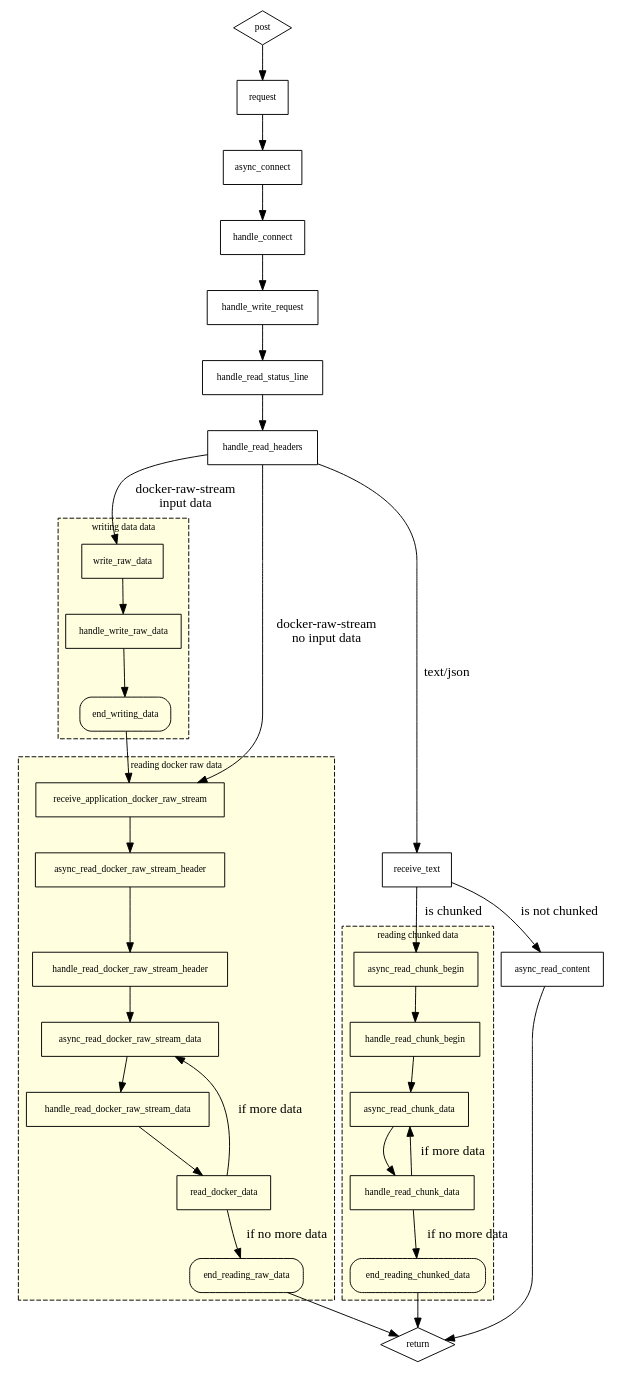
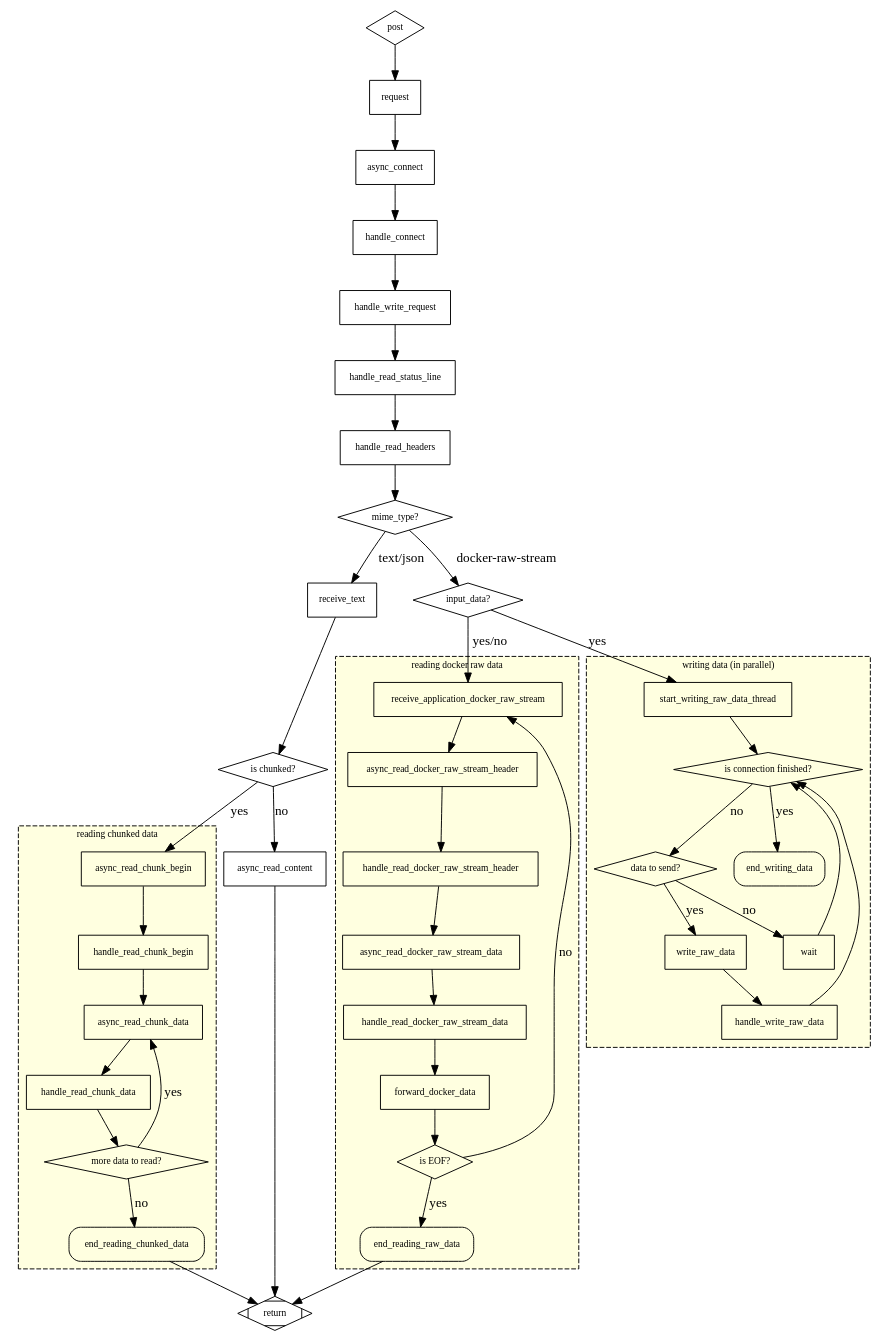
Before and after one commit to przemkovv/sphinx-cpp: the diagram in docs/httpclient_flowchart.dot, drawn with Graphviz. The commit also changed 2 other files, not shown here.

Commit message:
updated http client flow chart

```diff
--- a/docs/httpclient_flowchart.dot
+++ b/docs/httpclient_flowchart.dot
@@ -1,77 +1,99 @@
 
 digraph G {
 
     graph [fontsize=10 fontname="Verdana" compound=true];
     node [shape=record fontsize=10 fontname="Verdana"];
 
 
     subgraph cluster_read_chunked_data {
         label = "reading chunked data";
         style = "filled,dashed";
         color = black;
         fillcolor = lightyellow;
         async_read_chunk_begin -> handle_read_chunk_begin;
         handle_read_chunk_begin -> async_read_chunk_data;
         async_read_chunk_data -> handle_read_chunk_data;
-        handle_read_chunk_data -> async_read_chunk_data [label = "if more data"];
-        handle_read_chunk_data -> end_reading_chunked_data [label = "if no more data"];
+        handle_read_chunk_data -> "more data to read?";
+        "more data to read?" -> async_read_chunk_data [label = "yes"];
+        "more data to read?" -> end_reading_chunked_data [label = "no"];
         end_reading_chunked_data [shape=rectangle,style=rounded];
+
+        "more data to read?" [shape=diamond];
     };
 
 
     subgraph cluster_writing_data {
-        label = "writing data data";
+        label = "writing data (in parallel)";
         style = "filled,dashed";
         color = black;
         fillcolor = lightyellow;
 
+        start_writing_raw_data_thread -> "is connection finished?";
+        "is connection finished?" -> "data to send?" [label ="no"];
+        "is connection finished?" -> end_writing_data [label ="yes"];
+
+        "data to send?" -> write_raw_data [label ="yes"];
+        "data to send?" -> wait [label ="no"];
+
         write_raw_data -> handle_write_raw_data;
-        handle_write_raw_data -> end_writing_data;
+        handle_write_raw_data -> "is connection finished?";
+        wait -> "is connection finished?";
         end_writing_data [shape=rectangle,style=rounded];
+
+        "is connection finished?" [shape=diamond];
+        "data to send?" [shape=diamond];
     }
 
     subgraph cluster_read_docker_raw_data {
         label = "reading docker raw data";
         style = "filled,dashed";
         color = black;
         fillcolor = lightyellow;
-        end_writing_data -> receive_application_docker_raw_stream;
         receive_application_docker_raw_stream -> async_read_docker_raw_stream_header;
         async_read_docker_raw_stream_header ->handle_read_docker_raw_stream_header;
         handle_read_docker_raw_stream_header -> async_read_docker_raw_stream_data;
         async_read_docker_raw_stream_data -> handle_read_docker_raw_stream_data;
 
-        handle_read_docker_raw_stream_data -> read_docker_data;
+        handle_read_docker_raw_stream_data -> forward_docker_data;
+        forward_docker_data -> "is EOF?";
 
-        read_docker_data -> async_read_docker_raw_stream_data [label ="if more data"];
-        read_docker_data -> end_reading_raw_data [label ="if no more data"];
+        "is EOF?" -> receive_application_docker_raw_stream [label = "no"];
+        "is EOF?" -> end_reading_raw_data [label = "yes"];
         end_reading_raw_data [shape=rectangle,style=rounded]
 
+            "is EOF?" [shape=diamond];
 
     }
     post [shape=diamond];
 
     post -> request;
 
     request -> async_connect;
     async_connect -> handle_connect;
     handle_connect ->  handle_write_request;
     handle_write_request -> handle_read_status_line;
     handle_read_status_line ->  handle_read_headers;
-    handle_read_headers -> receive_text [label = "text/json"];
-    handle_read_headers -> write_raw_data [label = "docker-raw-stream\ninput data"];
-    handle_read_headers -> receive_application_docker_raw_stream [label ="docker-raw-stream\nno input data"];
+    handle_read_headers ->"mime_type?";
 
-    receive_text -> async_read_chunk_begin [label ="is chunked"];
-    receive_text -> async_read_content [label ="is not chunked"];
+    "mime_type?" -> receive_text [label = "text/json"];
+    "mime_type?" -> "input_data?" [label = "docker-raw-stream"];
+    "input_data?" -> start_writing_raw_data_thread [label = "yes"];
+    "input_data?" -> receive_application_docker_raw_stream [label = "yes/no"];
+
+    receive_text -> "is chunked?"
+        "is chunked?" -> async_read_chunk_begin [label ="yes"];
+    "is chunked?" -> async_read_content [label ="no"];
 
     async_read_content -> return;
     end_reading_chunked_data -> return;
     end_reading_raw_data -> return;
 
-    return [shape=diamond];
+    return [shape=Mdiamond];
+    "mime_type?" [shape=diamond];
+    "input_data?" [shape=diamond];
+    "is chunked?" [shape=diamond];
 
 
 
 
 }
```
